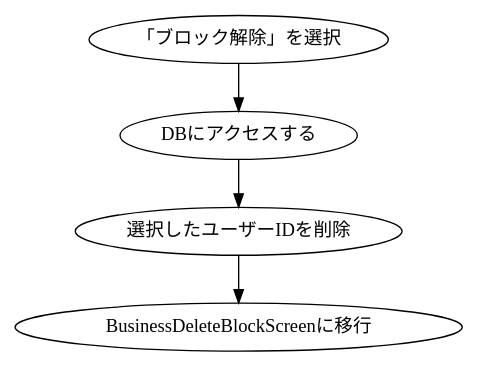
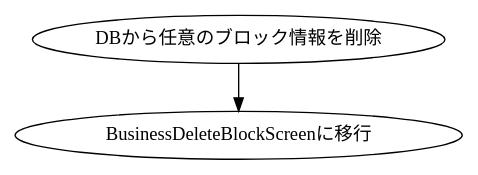
The diagram in dot/iwamura/BusinessDeleteBlockInformation.dot (KUT-Group12/internal_design), drawn with Graphviz before and after one commit. The commit also changed 9 other files, not shown here.

```diff
--- a/dot/iwamura/BusinessDeleteBlockInformation.dot
+++ b/dot/iwamura/BusinessDeleteBlockInformation.dot
@@ -1,12 +1,8 @@
 digraph G {
     #include "style.doth"
 
-    serect[label = "「ブロック解除」を選択"]
-    db[label = "DBにアクセスする"]
-    delete[label = "選択したユーザーIDを削除"]
+    delete[label = "DBから任意のブロック情報を削除"]
     view[label = "BusinessDeleteBlockScreenに移行"]
 
-    serect -> db
-    db -> delete
     delete -> view
 }
```
